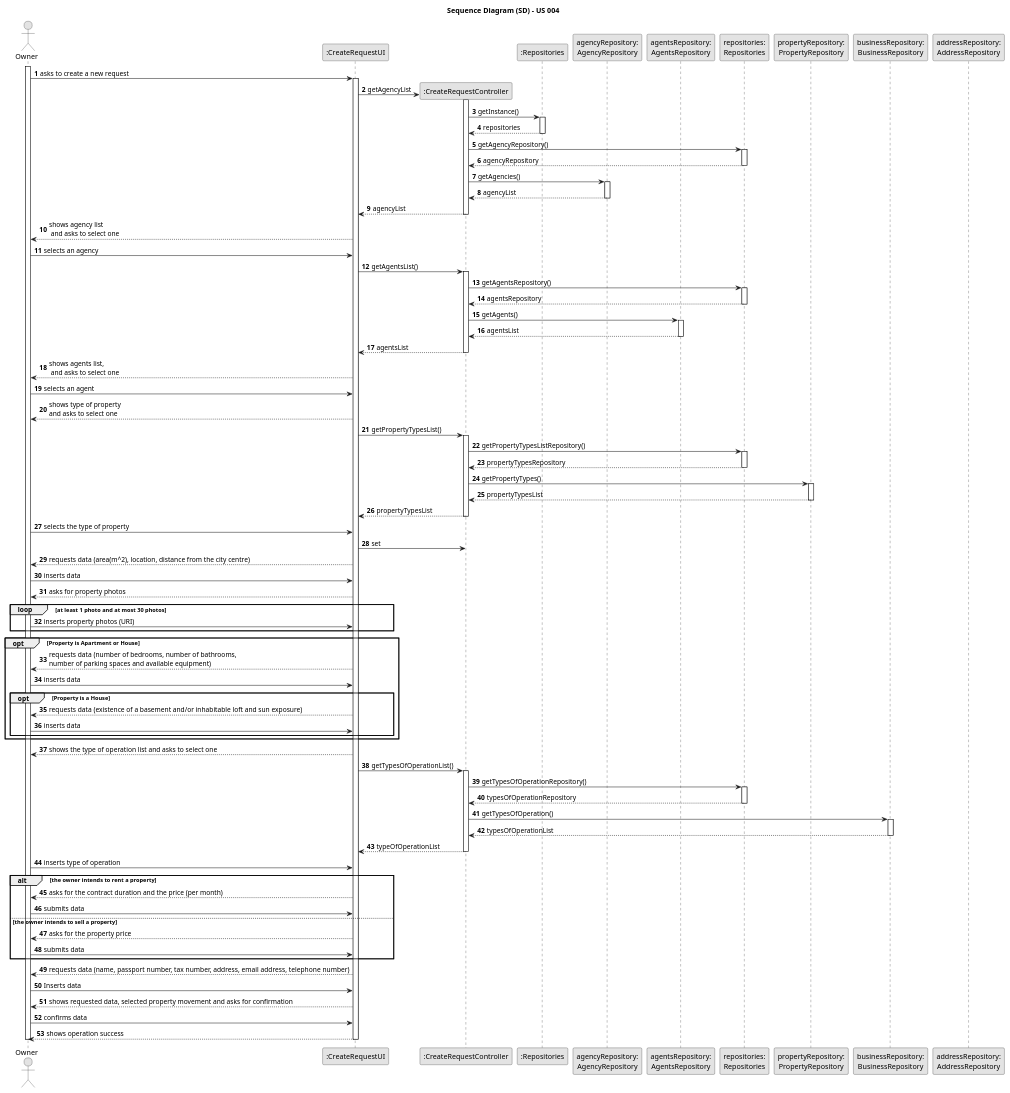
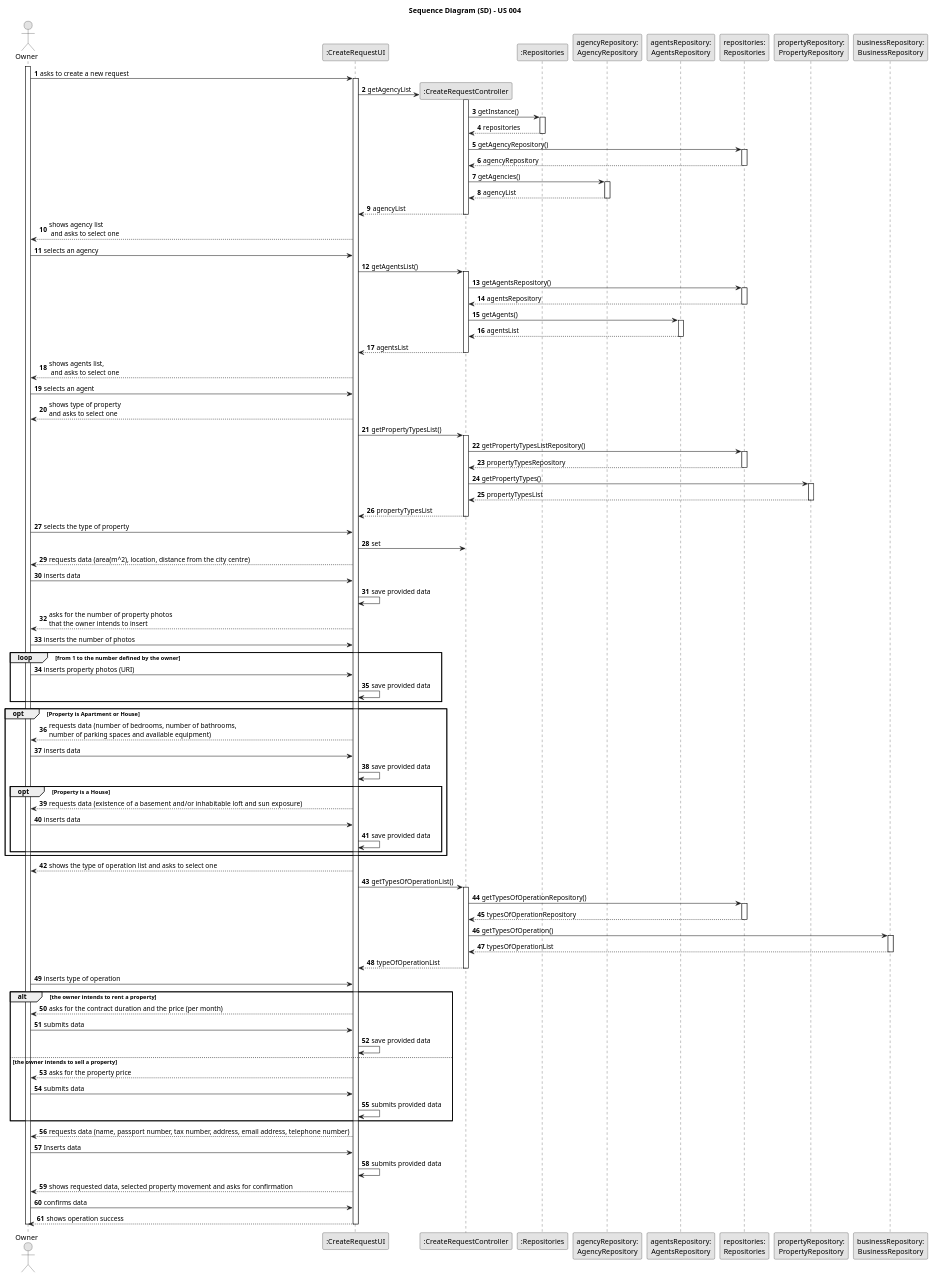
The diagram in docs/sprintB/us004/03.design/puml/us004-sequence-diagram-full.puml (1220812/LAPR2), drawn with PlantUML before and after one commit. The commit also changed 1 other file, not shown here.

Commit message:
Sequence diagram done - US 004

```diff
--- a/docs/sprintB/us004/03.design/puml/us004-sequence-diagram-full.puml
+++ b/docs/sprintB/us004/03.design/puml/us004-sequence-diagram-full.puml
@@ -1,176 +1,191 @@
 @startuml
 skinparam monochrome true
 skinparam packageStyle rectangle
 skinparam shadowing false
 
 autonumber
 title Sequence Diagram (SD) - US 004
 'hide footbox
 actor "Owner" as Owner
 participant ":CreateRequestUI" as UI
 participant ":CreateRequestController" as CTRL
 participant ":Repositories" as Repositories
 participant "repositories:\nRepositories" as RR
 participant "agencyRepository:\nAgencyRepository" as AgencyR
 participant "agentsRepository:\nAgentsRepository" as AgentR
 participant "requestRepository:\nAnnouncementRepository" as RR
 participant "propertyRepository:\nPropertyRepository" as PR
 participant "businessRepository:\nBusinessRepository" as BR
-participant "addressRepository:\nAddressRepository" as AR
 
 activate Owner
 
         Owner -> UI : asks to create a new request
 
         activate UI
 
             UI -> CTRL** : getAgencyList
             activate CTRL
 
                 CTRL -> Repositories : getInstance()
                 activate Repositories
 
                     Repositories --> CTRL: repositories
                 deactivate Repositories
 
                 CTRL -> RR : getAgencyRepository()
                 activate RR
 
                     RR --> CTRL: agencyRepository
                 deactivate RR
 
                 CTRL ->  AgencyR : getAgencies()
                 activate AgencyR
 
                     AgencyR --> CTRL : agencyList
                 deactivate AgencyR
 
                 CTRL --> UI : agencyList
             deactivate CTRL
 
             UI --> Owner : shows agency list\n and asks to select one
 
             Owner -> UI : selects an agency
 
             UI -> CTRL : getAgentsList()
             activate CTRL
 
             CTRL -> RR : getAgentsRepository()
             activate RR
 
             RR --> CTRL : agentsRepository
 
             deactivate RR
 
             CTRL -> AgentR : getAgents()
             activate AgentR
 
             AgentR --> CTRL : agentsList
             deactivate AgentR
 
             CTRL --> UI : agentsList
             deactivate
 
             deactivate CTRL
 
             UI --> Owner : shows agents list, \n and asks to select one
 
             Owner -> UI : selects an agent
 
             UI --> Owner : shows type of property \nand asks to select one
 
             UI -> CTRL : getPropertyTypesList()
             activate CTRL
 
             CTRL -> RR : getPropertyTypesListRepository()
             activate RR
 
             RR --> CTRL : propertyTypesRepository
             deactivate RR
 
             CTRL -> PR : getPropertyTypes()
             activate PR
 
             PR --> CTRL : propertyTypesList
             deactivate PR
             CTRL --> UI : propertyTypesList
             deactivate CTRL
 
             Owner -> UI : selects the type of property
 
             UI -> CTRL : set
+
             UI --> Owner : requests data (area(m^2), location, distance from the city centre)
 
             Owner -> UI : inserts data
 
-            UI --> Owner : asks for property photos
+            UI -> UI : save provided data
 
-            loop at least 1 photo and at most 30 photos
+            UI --> Owner : asks for the number of property photos \nthat the owner intends to insert
+
+            Owner -> UI : inserts the number of photos
+
+            loop from 1 to the number defined by the owner
 
             Owner -> UI : inserts property photos (URI)
 
+            UI -> UI : save provided data
+
             end
-
 
     opt Property is Apartment or House
 
         UI --> Owner : requests data (number of bedrooms, number of bathrooms, \nnumber of parking spaces and available equipment)
 
     Owner -> UI : inserts data
 
+    UI -> UI : save provided data
+
     opt Property is a House
 
          UI --> Owner : requests data (existence of a basement and/or inhabitable loft and sun exposure)
 
     Owner -> UI : inserts data
+
+    UI -> UI : save provided data
 
     end
 
     end
 
     UI --> Owner : shows the type of operation list and asks to select one
     UI -> CTRL : getTypesOfOperationList()
     activate CTRL
 
     CTRL -> RR : getTypesOfOperationRepository()
     activate RR
 
     RR --> CTRL : typesOfOperationRepository
     deactivate RR
 
     CTRL -> BR : getTypesOfOperation()
     activate BR
 
     BR --> CTRL : typesOfOperationList
     deactivate BR
 
     CTRL --> UI : typeOfOperationList
     deactivate CTRL
 
     Owner -> UI : inserts type of operation
 
     alt the owner intends to rent a property
 
     UI --> Owner : asks for the contract duration and the price (per month)
 
     Owner -> UI : submits data
 
+    UI -> UI : save provided data
+
     else the owner intends to sell a property
     UI --> Owner : asks for the property price
 
     Owner -> UI : submits data
 
+    UI -> UI : submits provided data
+
     end
           UI --> Owner : requests data (name, passport number, tax number, address, email address, telephone number)
 
     Owner -> UI : Inserts data
+
+    UI -> UI : submits provided data
 
            UI --> Owner : shows requested data, selected property movement and asks for confirmation
 
             Owner -> UI : confirms data
             deactivate CTRL
             UI --> Owner: shows operation success
     deactivate UI
 
 deactivate Owner
 @enduml
```
